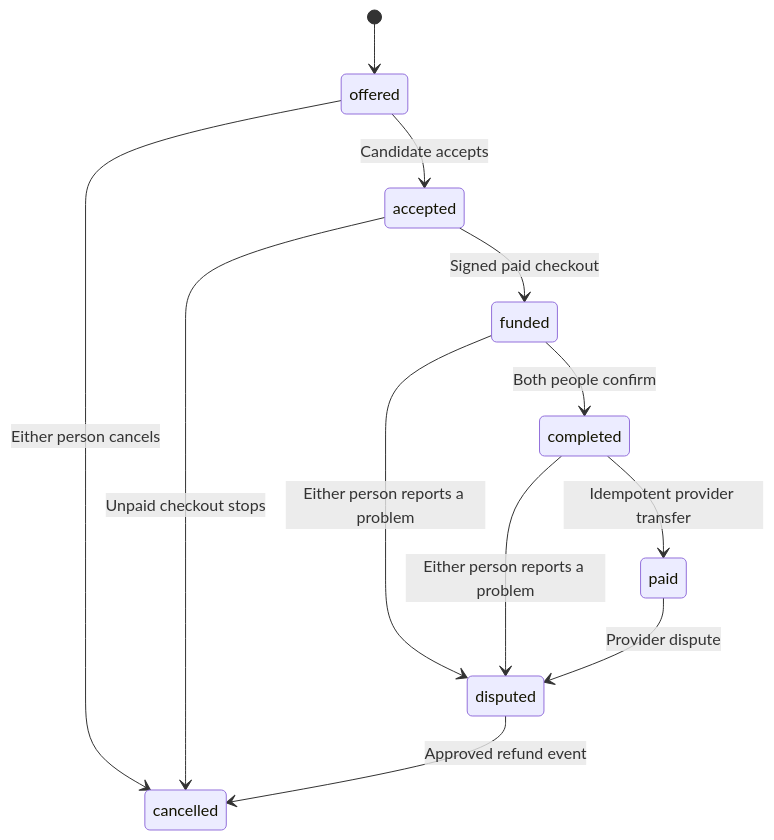
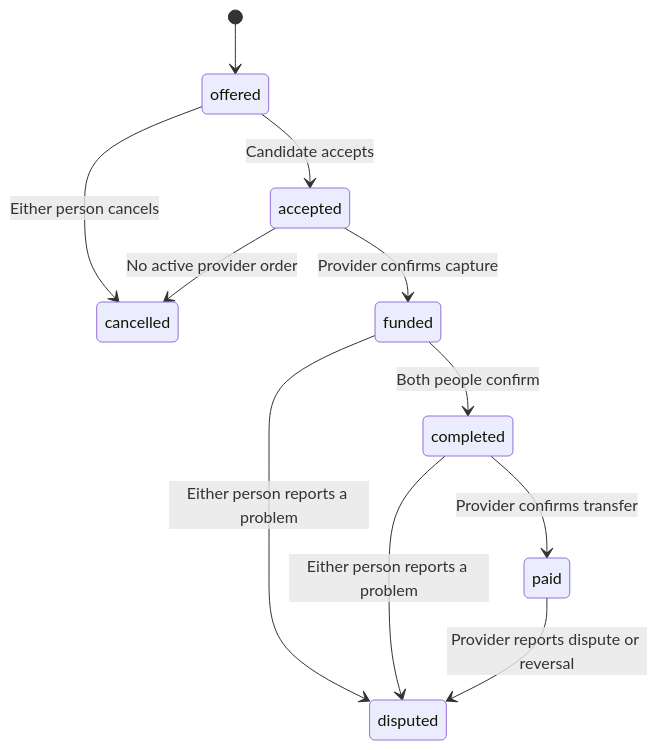
The diagram in docs/ARCHITECTURE.md (kandulanikhilvarma/fairstage), drawn with Mermaid before and after one commit. The commit also changed other lines of this file and 82 other files, not shown here.

````diff
--- a/docs/ARCHITECTURE.md
+++ b/docs/ARCHITECTURE.md
@@ -41,14 +90,13 @@
 ```mermaid
 stateDiagram-v2
     [*] --> offered
     offered --> accepted: Candidate accepts
     offered --> cancelled: Either person cancels
-    accepted --> cancelled: Unpaid checkout stops
-    accepted --> funded: Signed paid checkout
+    accepted --> funded: Provider confirms capture
+    accepted --> cancelled: No active provider order
     funded --> completed: Both people confirm
     funded --> disputed: Either person reports a problem
     completed --> disputed: Either person reports a problem
-    completed --> paid: Idempotent provider transfer
-    paid --> disputed: Provider dispute
-    disputed --> cancelled: Approved refund event
+    completed --> paid: Provider confirms transfer
+    paid --> disputed: Provider reports dispute or reversal
 ```
````
